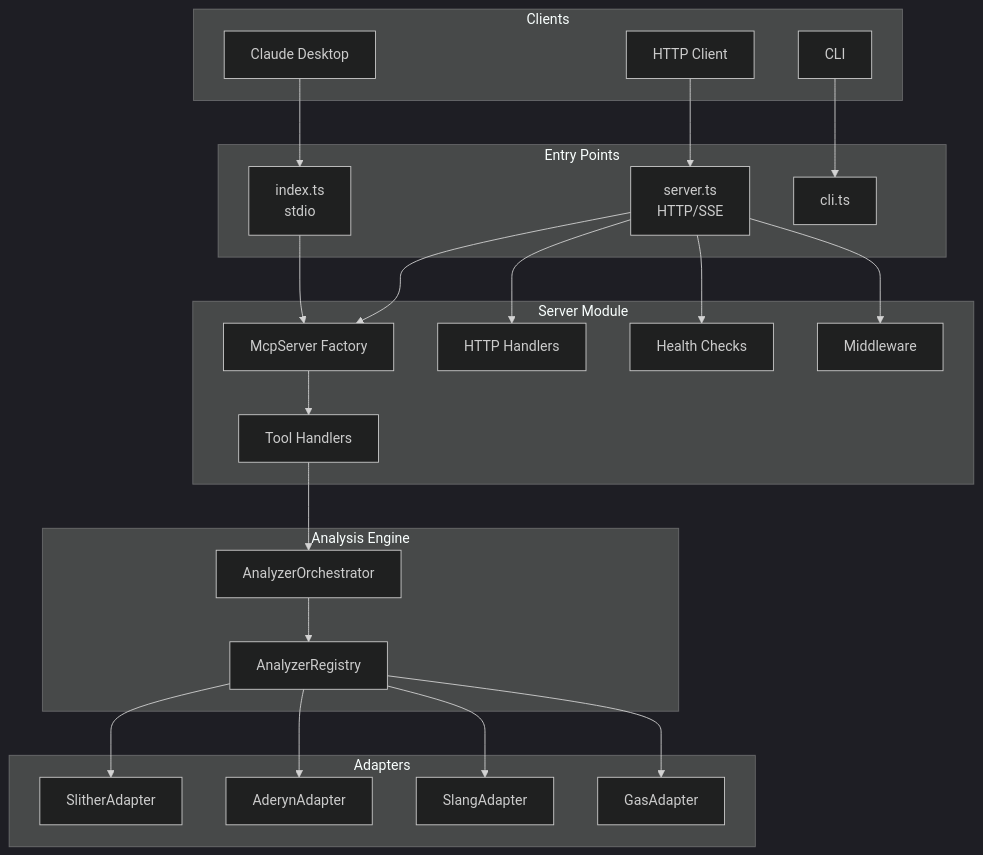
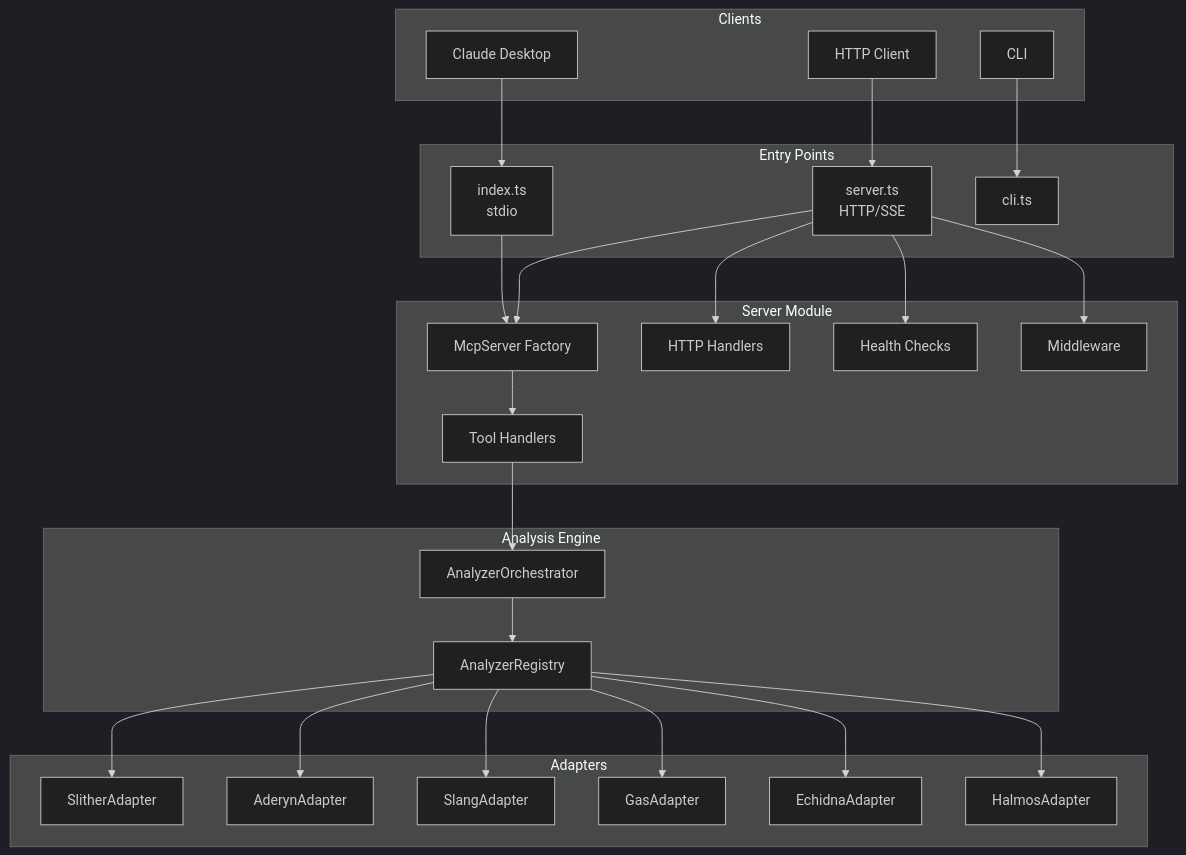
Before and after one commit to mariano-aguero/solidity-audit-mcp: the first of 3 diagrams in docs/ARCHITECTURE.md, drawn with Mermaid (dark theme). The commit also changed other lines of this file and 1 other file, not shown here.

Commit message:
docs: update README and ARCHITECTURE.md for v1.6.0 — 6 adapters, 10 tools, 7 health analyzers

````diff
--- a/docs/ARCHITECTURE.md
+++ b/docs/ARCHITECTURE.md
@@ -26,49 +26,51 @@
 ```mermaid
 flowchart TB
     subgraph Clients
         A[Claude Desktop]
         B[HTTP Client]
         C[CLI]
     end
 
     subgraph "Entry Points"
         D[index.ts<br>stdio]
         E[server.ts<br>HTTP/SSE]
         F[cli.ts]
     end
 
     subgraph "Server Module"
         G[McpServer Factory]
         H[Tool Handlers]
         I[HTTP Handlers]
         J[Health Checks]
         K[Middleware]
     end
 
     subgraph "Analysis Engine"
         L[AnalyzerOrchestrator]
         M[AnalyzerRegistry]
     end
 
     subgraph "Adapters"
         N[SlitherAdapter]
         O[AderynAdapter]
         P[SlangAdapter]
         Q[GasAdapter]
+        R[EchidnaAdapter]
+        S[HalmosAdapter]
     end
 
     A --> D
     B --> E
     C --> F
 
     D --> G
     E --> G
     E --> I
     E --> J
     E --> K
 
     G --> H
     H --> L
     L --> M
-    M --> N & O & P & Q
+    M --> N & O & P & Q & R & S
 ```
````
